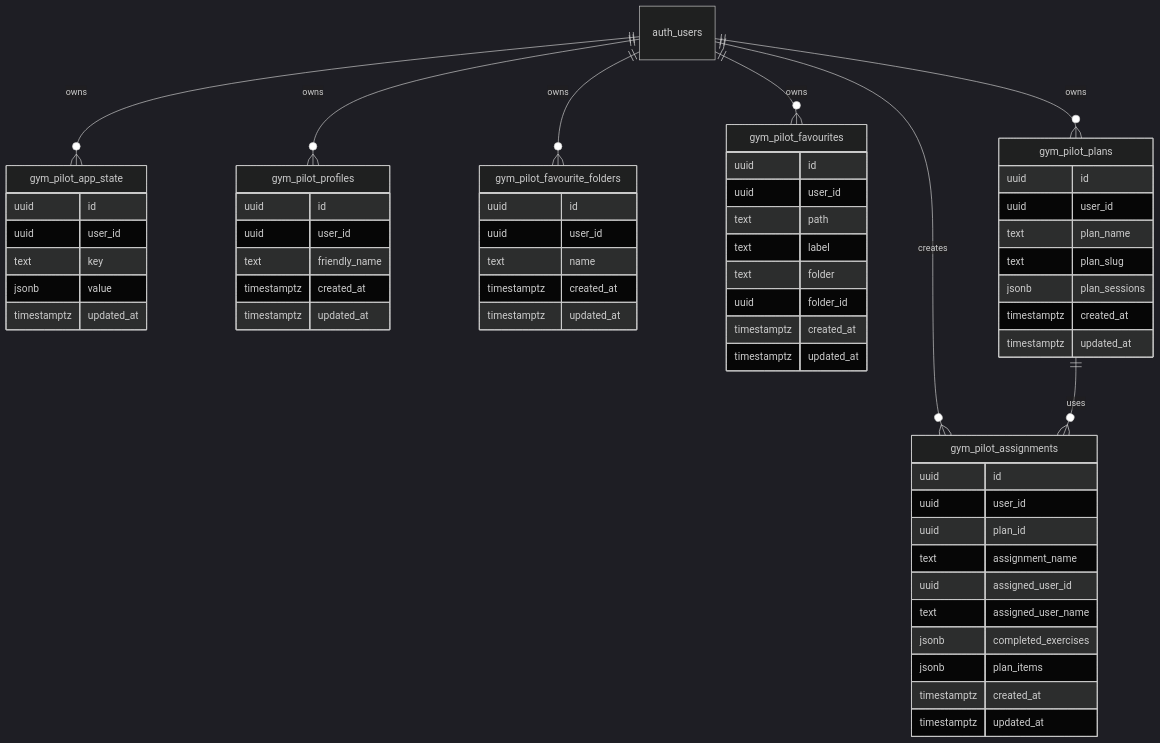
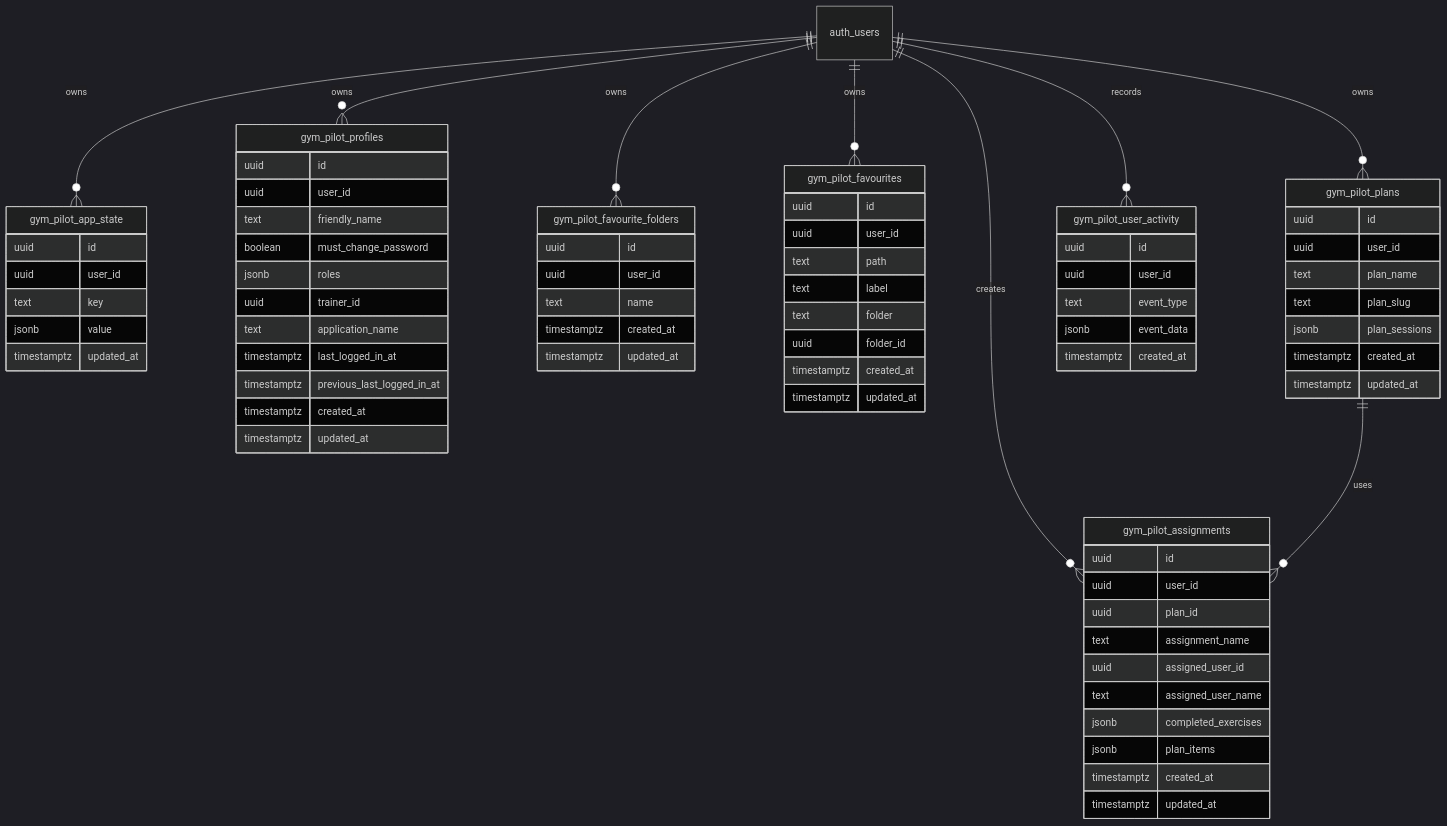
One commit to asudbury/gym-pilot changed the diagram in docs/data-schema.md. Above: the diagram before and after it, drawn with Mermaid (dark theme). The commit also changed other lines of this file and 20 other files, not shown here.

````diff
--- a/docs/data-schema.md
+++ b/docs/data-schema.md
@@ -105,6 +105,7 @@
     auth_users ||--o{ gym_pilot_favourites : owns
     auth_users ||--o{ gym_pilot_plans : owns
     auth_users ||--o{ gym_pilot_assignments : creates
+    auth_users ||--o{ gym_pilot_user_activity : records
     gym_pilot_plans ||--o{ gym_pilot_assignments : uses
 
     gym_pilot_app_state {
@@ -119,6 +120,12 @@
         uuid id
         uuid user_id
         text friendly_name
+        boolean must_change_password
+        jsonb roles
+        uuid trainer_id
+        text application_name
+        timestamptz last_logged_in_at
+        timestamptz previous_last_logged_in_at
         timestamptz created_at
         timestamptz updated_at
     }
@@ -164,4 +171,12 @@
         timestamptz created_at
         timestamptz updated_at
     }
+
+    gym_pilot_user_activity {
+        uuid id
+        uuid user_id
+        text event_type
+        jsonb event_data
+        timestamptz created_at
+    }
 ```
````
